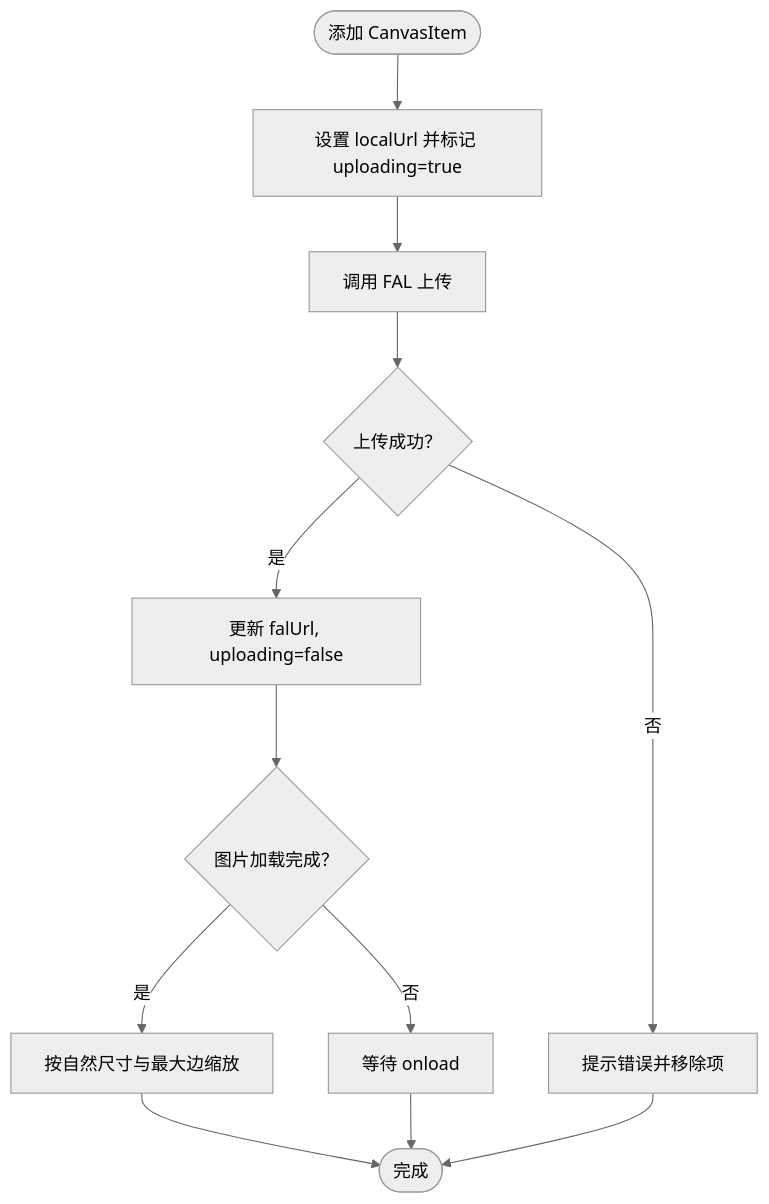
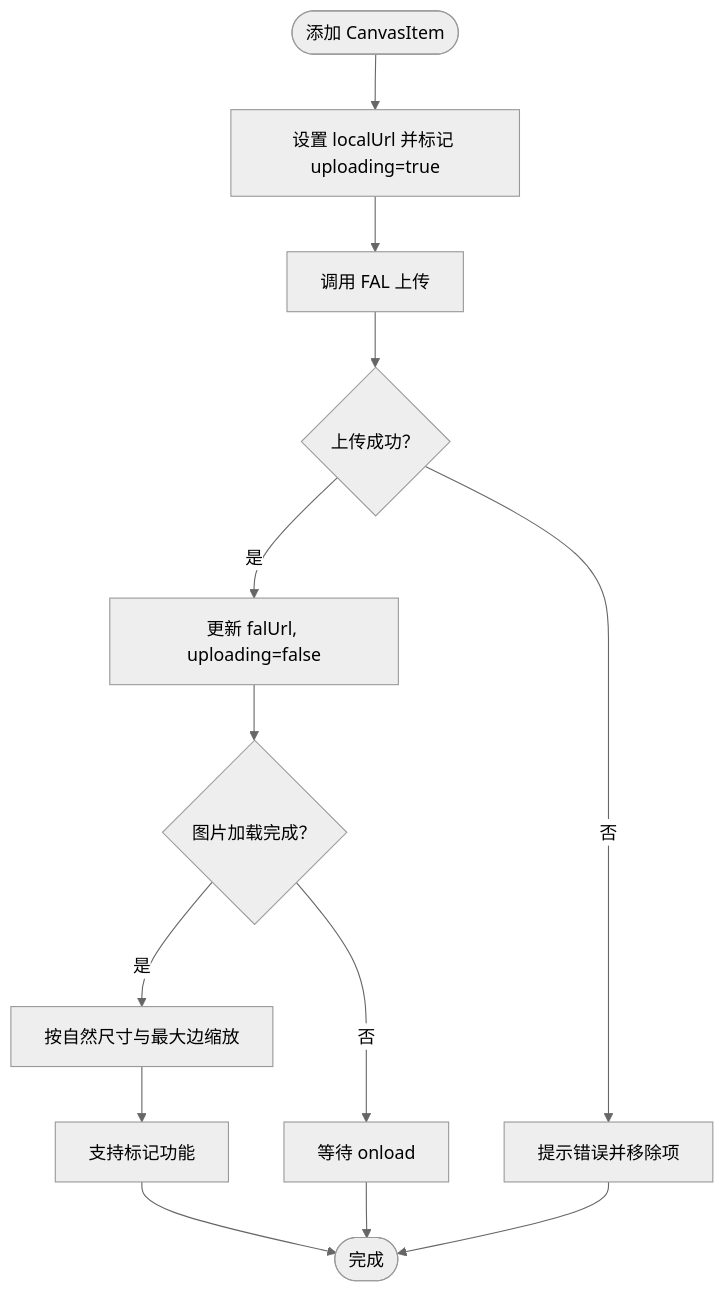
Before and after one commit to billye220670/BananaFlow2: the third of 8 diagrams in .qoder/repowiki/zh/content/数据模型.md, drawn with Mermaid (neutral theme). The commit also changed other lines of this file and 10 other files, not shown here.

````diff
--- a/.qoder/repowiki/zh/content/数据模型.md
+++ b/.qoder/repowiki/zh/content/数据模型.md
@@ -236,14 +294,15 @@
 ```mermaid
 flowchart TD
 Start(["添加 CanvasItem"]) --> SetLocal["设置 localUrl 并标记 uploading=true"]
 SetLocal --> Upload["调用 FAL 上传"]
 Upload --> UploadOK{"上传成功？"}
 UploadOK --> |是| UpdateCDN["更新 falUrl, uploading=false"]
 UploadOK --> |否| Revert["提示错误并移除项"]
 UpdateCDN --> LoadDone{"图片加载完成？"}
 LoadDone --> |是| AutoSize["按自然尺寸与最大边缩放"]
 LoadDone --> |否| Wait["等待 onload"]
-AutoSize --> End(["完成"])
+AutoSize --> MarkSupport["支持标记功能"]
+MarkSupport --> End(["完成"])
 Wait --> End
 Revert --> End
 ```
````
